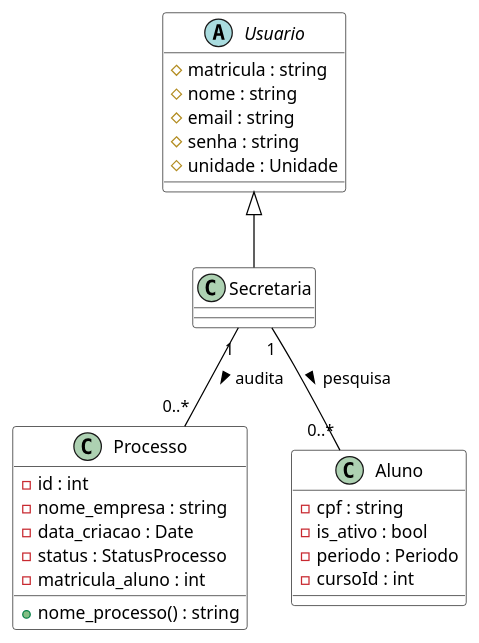
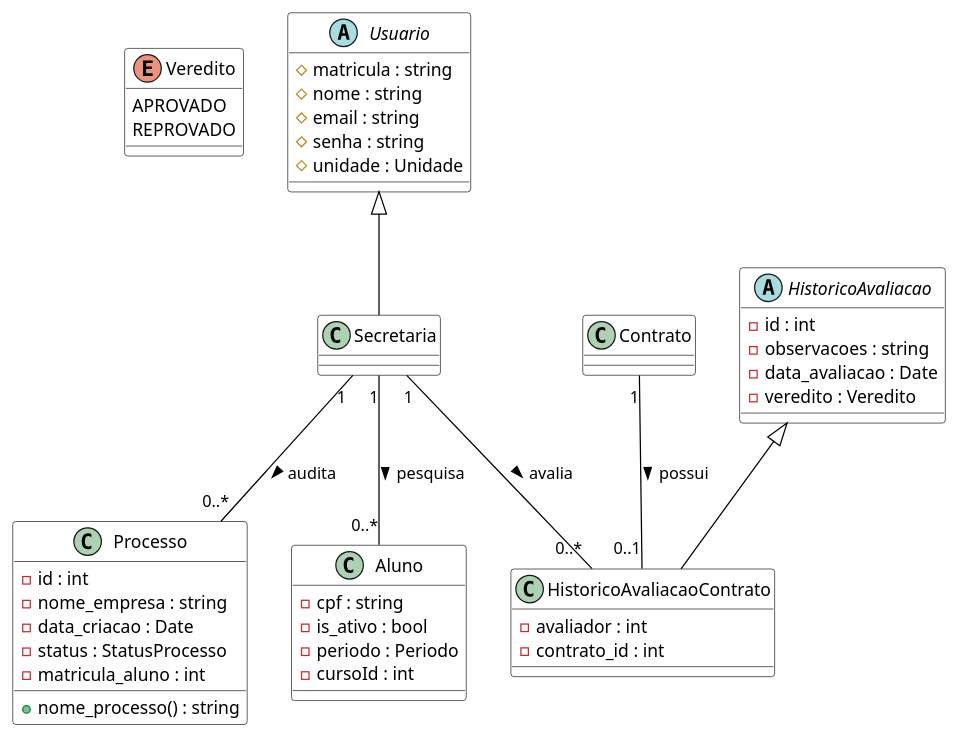
The diagram in docs/assets/Diagramas/src/diagrama_classes_secretaria.puml (Projetos-de-Extensao/PBE_26.1_8002_III), drawn with PlantUML before and after one commit. The commit also changed 5 other files, not shown here.

Commit message:
feat: implement evaluation history models and update class diagrams to support report and contract assessments

```diff
--- a/docs/assets/Diagramas/src/diagrama_classes_secretaria.puml
+++ b/docs/assets/Diagramas/src/diagrama_classes_secretaria.puml
@@ -1,42 +1,65 @@
 @startuml
 
 ' --- Estilos ---
 skinparam class {
     BackgroundColor White
     ArrowColor Black
     BorderColor Black
+}
+
+' --- Enums ---
+enum Veredito {
+    APROVADO
+    REPROVADO
 }
 
 ' --- Classes Relevantes ---
 abstract class Usuario {
     # matricula : string
     # nome : string
     # email : string
     # senha : string
     # unidade : Unidade
 }
 
 class Secretaria extends Usuario {
 }
 
 class Processo {
     - id : int
     - nome_empresa : string
     - data_criacao : Date
     - status : StatusProcesso
     - matricula_aluno : int
     + nome_processo() : string
 }
 
 class Aluno {
     - cpf : string
     - is_ativo : bool
     - periodo : Periodo
     - cursoId : int
 }
 
+class Contrato {
+}
+
+abstract class HistoricoAvaliacao {
+    - id : int
+    - observacoes : string
+    - data_avaliacao : Date
+    - veredito : Veredito
+}
+
+class HistoricoAvaliacaoContrato extends HistoricoAvaliacao {
+    - avaliador : int
+    - contrato_id : int
+}
+
 ' --- Relacionamentos ---
 Secretaria "1" -- "0..*" Processo : audita >
 Secretaria "1" -- "0..*" Aluno : pesquisa >
+Secretaria "1" -- "0..*" HistoricoAvaliacaoContrato : avalia >
+Contrato "1" -- "0..1" HistoricoAvaliacaoContrato : possui >
 
 @enduml
```
